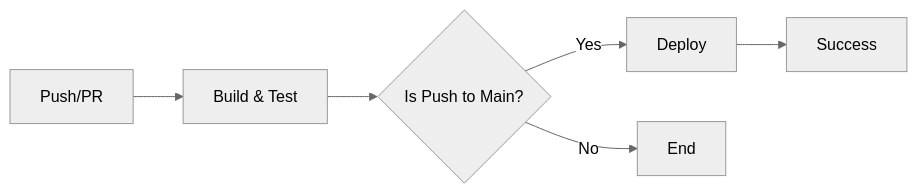
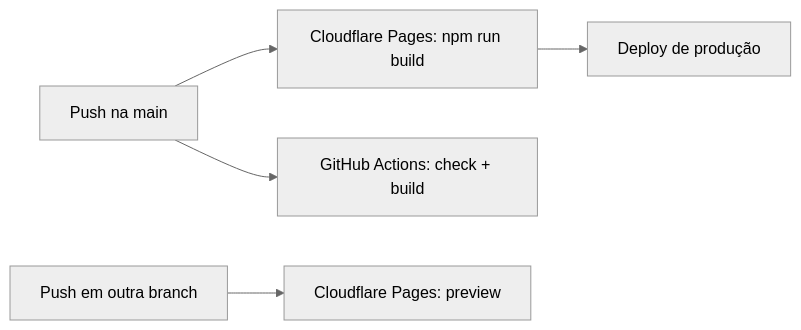
One commit to Calebe-Dev/Calebe-Dev changed the diagram in README_DEPLOY.md. Above: the diagram before and after it, drawn with Mermaid (neutral theme). The commit also changed other lines of this file and 167 other files, not shown here.

First line of the commit message:
feat: migrate deploy to Cloudflare Pages

````diff
--- a/README_DEPLOY.md
+++ b/README_DEPLOY.md
@@ -87,8 +107,7 @@
 ```mermaid
 graph LR
-    A[Push/PR] --> B[Build & Test]
-    B --> C{Is Push to Main?}
-    C -->|Yes| D[Deploy]
-    C -->|No| E[End]
-    D --> F[Success]
+    A[Push na main] --> B[Cloudflare Pages: npm run build]
+    B --> C[Deploy de produção]
+    A --> D[GitHub Actions: check + build]
+    E[Push em outra branch] --> F[Cloudflare Pages: preview]
 ```
````
